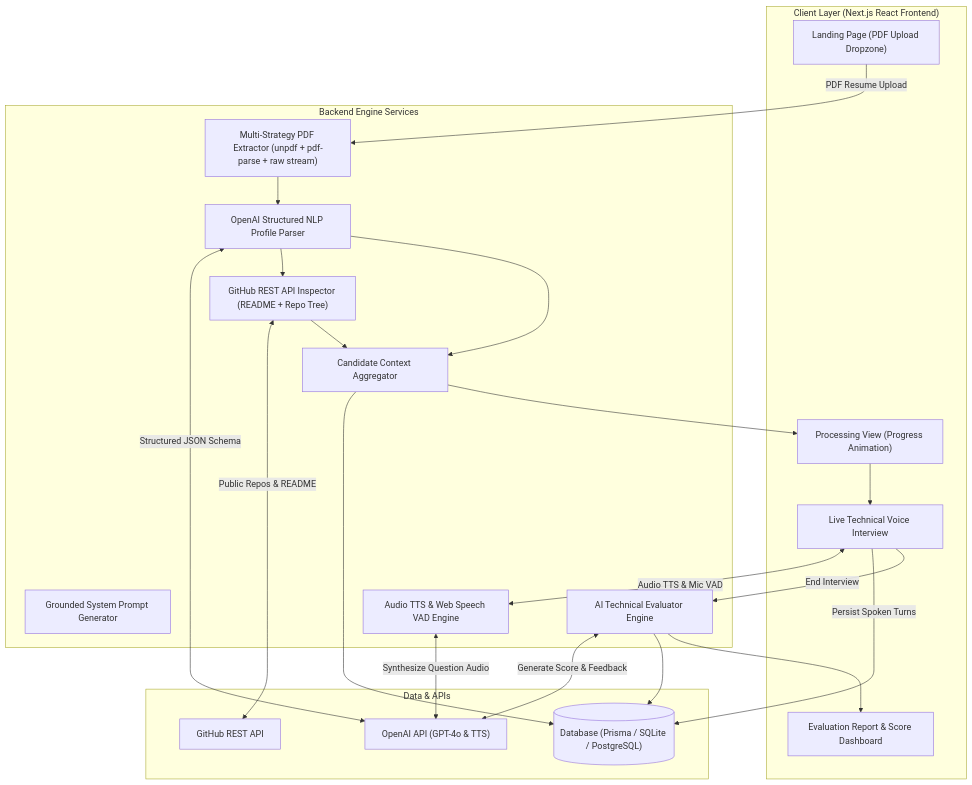
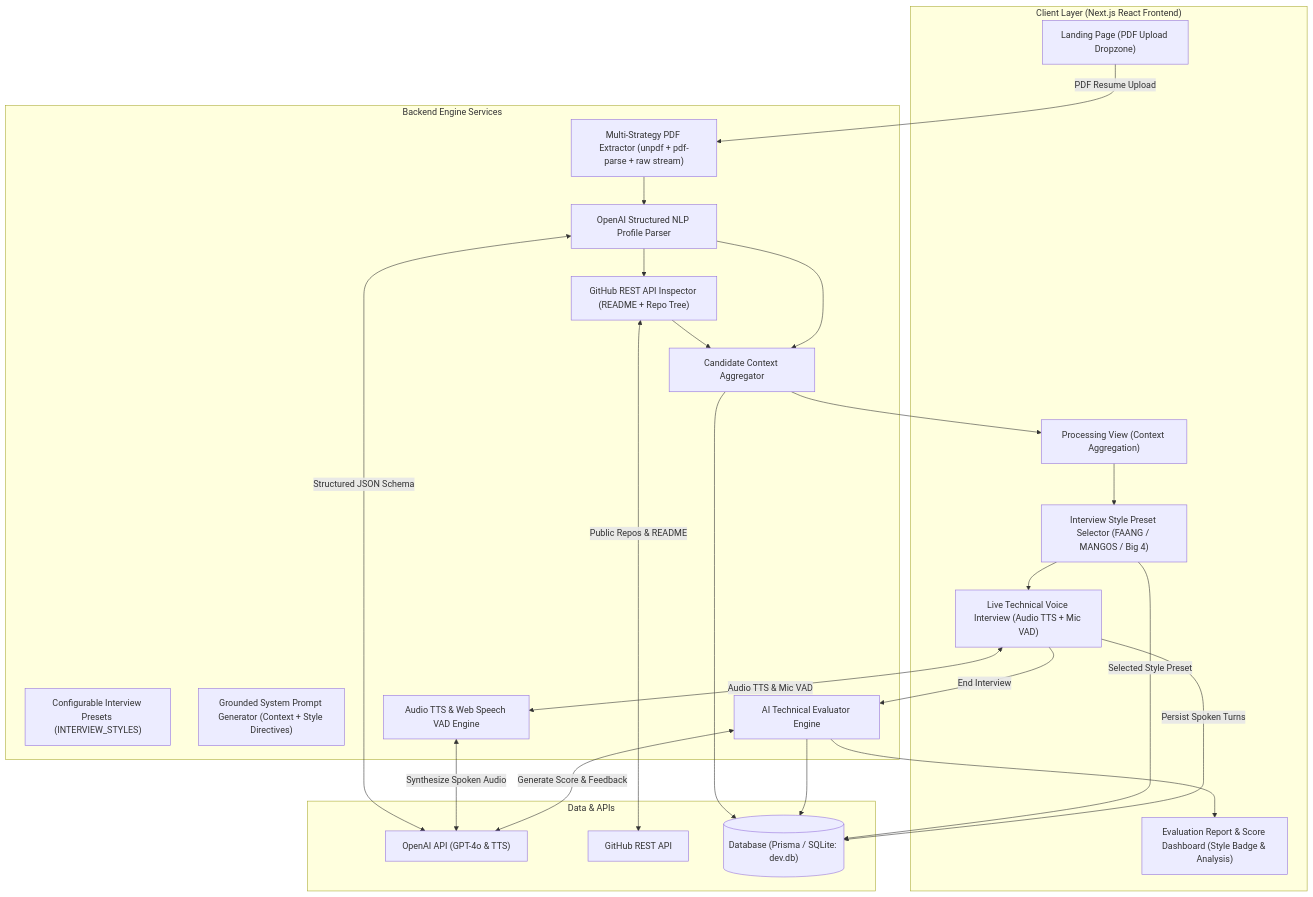
One commit to Amolika123/IntervAI changed the diagram in README.md. Above: the diagram before and after it, drawn with Mermaid. The commit also changed other lines of this file and 12 other files, not shown here.

Commit message:
3 Interview Styles

````diff
--- a/README.md
+++ b/README.md
@@ -33,44 +33,49 @@
 ```mermaid
 flowchart TD
     subgraph Client ["Client Layer (Next.js React Frontend)"]
         Landing["Landing Page (PDF Upload Dropzone)"]
-        Processing["Processing View (Progress Animation)"]
-        VoiceUI["Live Technical Voice Interview"]
-        ResultsUI["Evaluation Report & Score Dashboard"]
+        Processing["Processing View (Context Aggregation)"]
+        StyleSelector["Interview Style Preset Selector (FAANG / MANGOS / Big 4)"]
+        VoiceUI["Live Technical Voice Interview (Audio TTS + Mic VAD)"]
+        ResultsUI["Evaluation Report & Score Dashboard (Style Badge & Analysis)"]
     end
 
     subgraph CoreEngine ["Backend Engine Services"]
         PDFExtract["Multi-Strategy PDF Extractor (unpdf + pdf-parse + raw stream)"]
         NLPParser["OpenAI Structured NLP Profile Parser"]
         GHService["GitHub REST API Inspector (README + Repo Tree)"]
         ContextAggregator["Candidate Context Aggregator"]
-        GroundedPrompt["Grounded System Prompt Generator"]
+        StyleConfig["Configurable Interview Presets (INTERVIEW_STYLES)"]
+        GroundedPrompt["Grounded System Prompt Generator (Context + Style Directives)"]
         VoiceEngine["Audio TTS & Web Speech VAD Engine"]
         EvalEngine["AI Technical Evaluator Engine"]
-      end
+    end
 
     subgraph DataStorage ["Data & APIs"]
         OpenAI["OpenAI API (GPT-4o & TTS)"]
         GitHub["GitHub REST API"]
-        DB[("Database (Prisma / SQLite / PostgreSQL)")]
+        DB[("Database (Prisma / SQLite: dev.db)")]
     end
 
     Landing -->|PDF Resume Upload| PDFExtract
     PDFExtract --> NLPParser
     NLPParser <-->|Structured JSON Schema| OpenAI
     NLPParser --> GHService
     GHService <-->|Public Repos & README| GitHub
     GHService & NLPParser --> ContextAggregator
     ContextAggregator --> DB
     ContextAggregator --> Processing
 
-    Processing --> VoiceUI
+    Processing --> StyleSelector
+    StyleSelector -->|Selected Style Preset| DB
+    StyleSelector --> VoiceUI
+
     VoiceUI <-->|Audio TTS & Mic VAD| VoiceEngine
-    VoiceEngine <-->|Synthesize Question Audio| OpenAI
+    VoiceEngine <-->|Synthesize Spoken Audio| OpenAI
     VoiceUI -->|Persist Spoken Turns| DB
 
     VoiceUI -->|End Interview| EvalEngine
     EvalEngine <-->|Generate Score & Feedback| OpenAI
     EvalEngine --> DB
     EvalEngine --> ResultsUI
 ```
````
